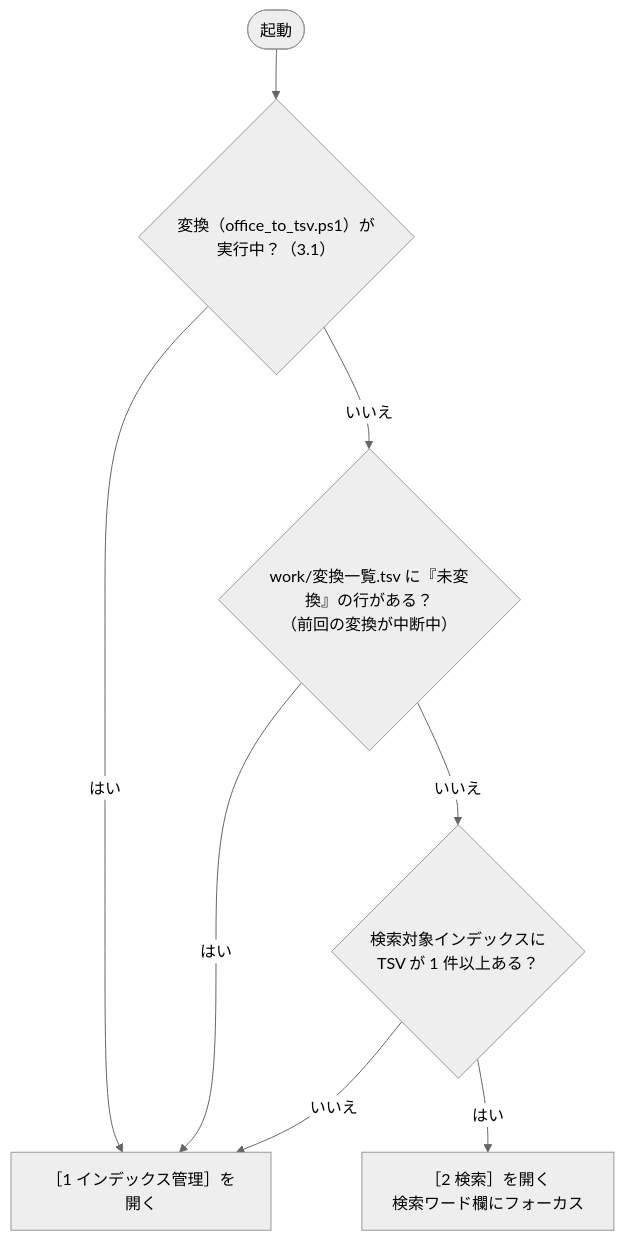
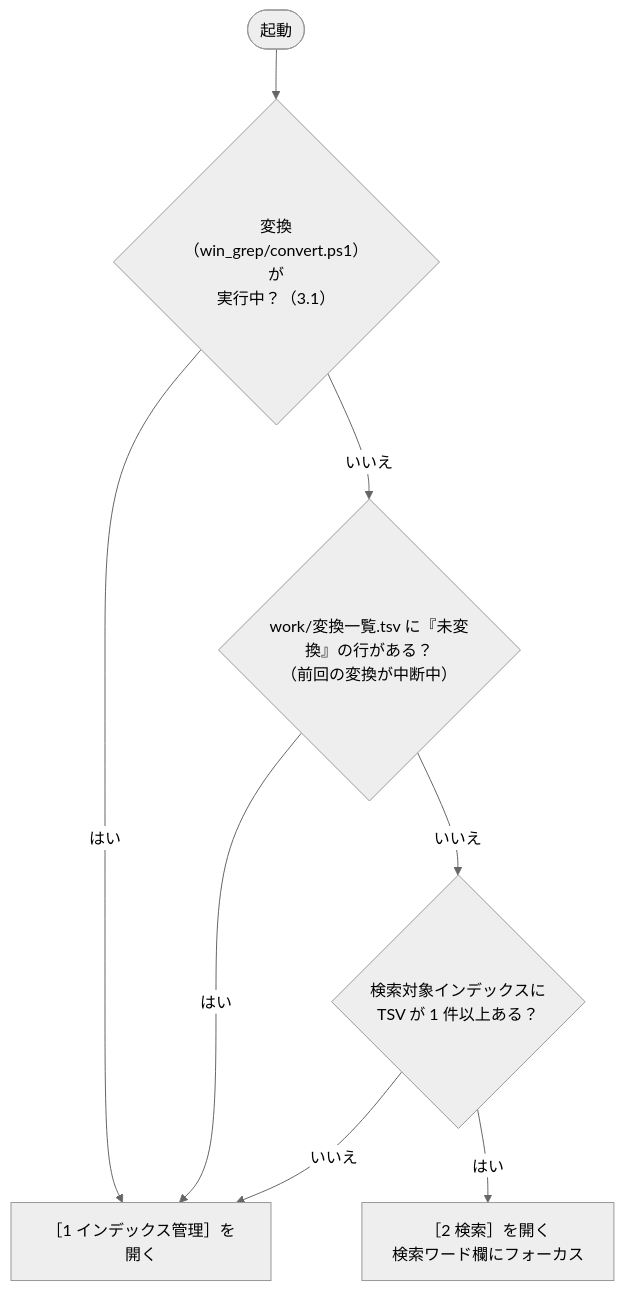
The diagram in docs/03_画面.md (hsgwa/tebunko), drawn with Mermaid (neutral theme) before and after one commit. The commit also changed other lines of this file and 18 other files, not shown here.

````diff
--- a/docs/03_画面.md
+++ b/docs/03_画面.md
@@ -97,10 +97,10 @@
 ```mermaid
 flowchart TD
-    S(["起動"]) --> R{"変換（office_to_tsv.ps1）が<br>実行中？（3.1）"}
+    S(["起動"]) --> R{"変換（win_grep/convert.ps1）が<br>実行中？（3.1）"}
     R -- はい --> T1
     R -- いいえ --> A{"work/変換一覧.tsv に『未変換』の行がある？<br>（前回の変換が中断中）"}
     A -- はい --> T1["［1 インデックス管理］を開く"]
     A -- いいえ --> B{"検索対象インデックスに<br>TSV が 1 件以上ある？"}
     B -- いいえ --> T1
     B -- はい --> T2["［2 検索］を開く<br>検索ワード欄にフォーカス"]
 ```
````
